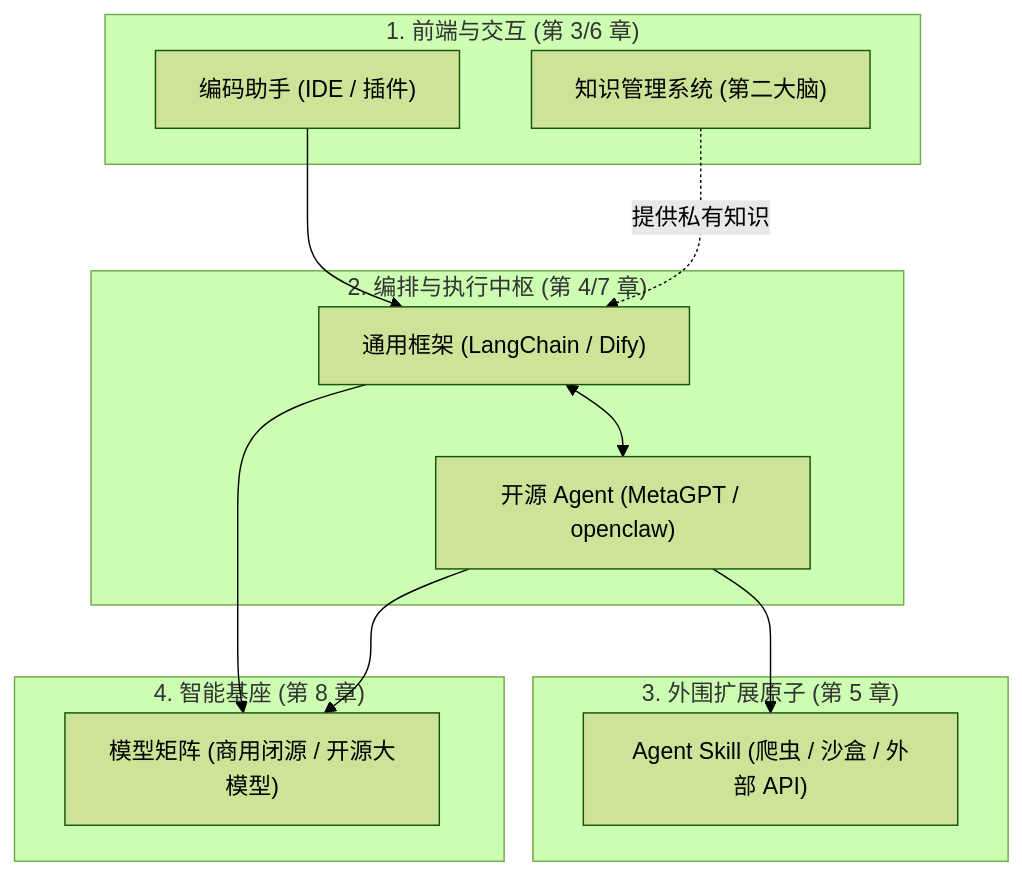
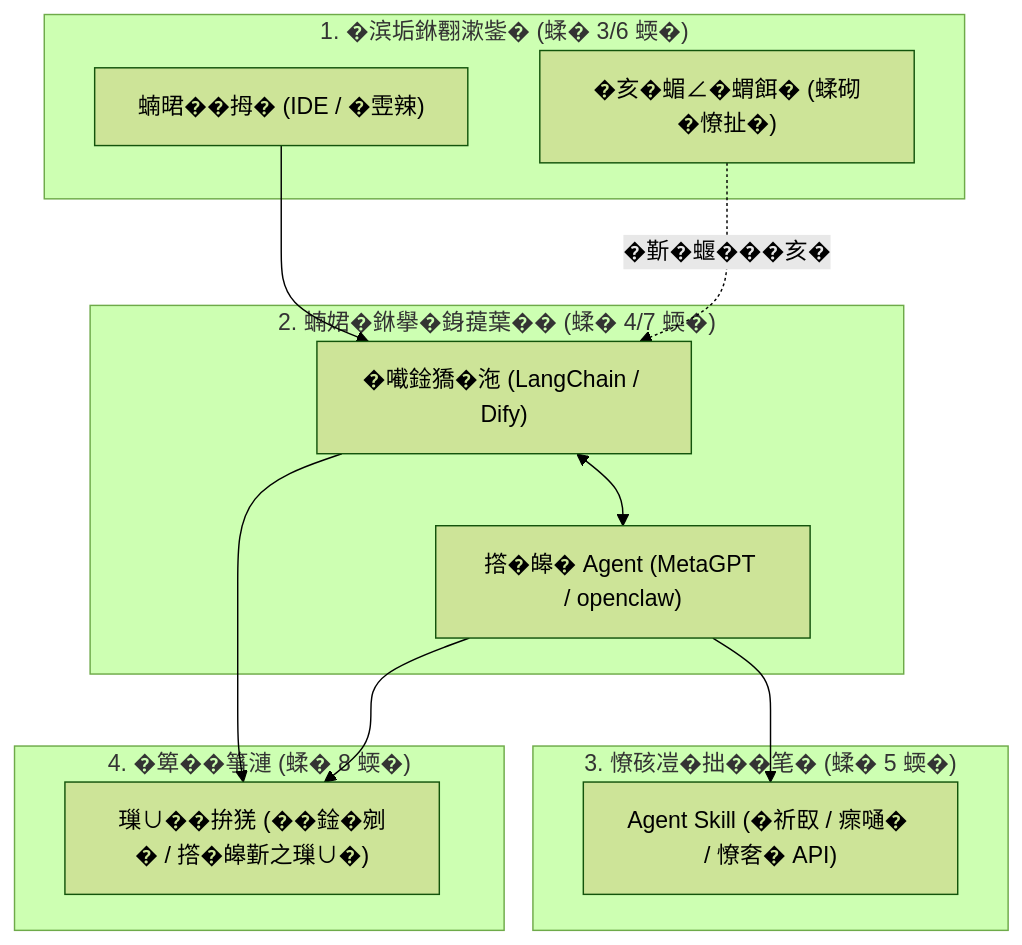
Before and after one commit to wangchong2023/lang-chain-graph: the tenth of 16 diagrams in doc/AI_Knowledge_Roadmap.md, drawn with Mermaid (forest theme). The commit also changed other lines of this file, not shown here.

Commit message:
docs: update AI knowledge roadmap with new learning milestones

````diff
--- a/doc/AI_Knowledge_Roadmap.md
+++ b/doc/AI_Knowledge_Roadmap.md
@@ -677,27 +596,27 @@
 ```mermaid
 graph TD
-    subgraph "1. 前端与交互 (第 3/6 章)"
-        IDE["编码助手 (IDE / 插件)"]
-        PKM["知识管理系统 (第二大脑)"]
+    subgraph "1. �滨垢銝𦒘漱鈭� (蝚� 3/6 蝡�)"
+        IDE["蝻𣇉��拇� (IDE / �雴辣)"]
+        PKM["�亥�蝞∠�蝟餌� (蝚砌�憭扯�)"]
     end
     
-    subgraph "2. 编排与执行中枢 (第 4/7 章)"
-        Frameworks["通用框架 (LangChain / Dify)"]
-        Autonomous["开源 Agent (MetaGPT / openclaw)"]
+    subgraph "2. 蝻𡝗�銝擧�銵䔶葉�� (蝚� 4/7 蝡�)"
+        Frameworks["�𡁶鍂獢�沲 (LangChain / Dify)"]
+        Autonomous["撘�皞� Agent (MetaGPT / openclaw)"]
     end
     
-    subgraph "3. 外围扩展原子 (第 5 章)"
-        Skills["Agent Skill (爬虫 / 沙盒 / 外部 API)"]
+    subgraph "3. 憭硋凒�拙��笔� (蝚� 5 蝡�)"
+        Skills["Agent Skill (�祈臤 / 瘝嗵� / 憭㚚� API)"]
     end
 
-    subgraph "4. 智能基座 (第 8 章)"
-        Models["模型矩阵 (商用闭源 / 开源大模型)"]
+    subgraph "4. �箄��箏漣 (蝚� 8 蝡�)"
+        Models["璅∪��拚猐 (��鍂�剜� / 撘�皞𣂼之璅∪�)"]
     end
 
     IDE --> Frameworks
-    PKM -. "提供私有知识" .-> Frameworks
+    PKM -. "�𣂷�蝘���亥�" .-> Frameworks
     Frameworks <--> Autonomous
     Autonomous --> Skills
     Frameworks --> Models
     Autonomous --> Models
 ```
````
